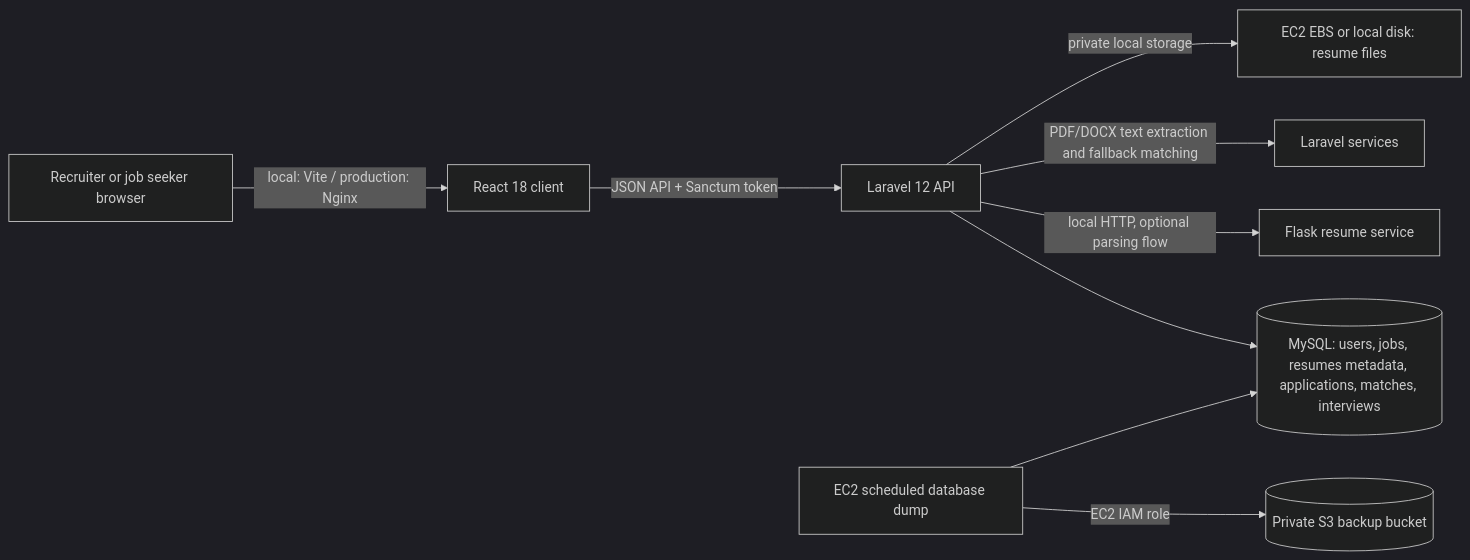
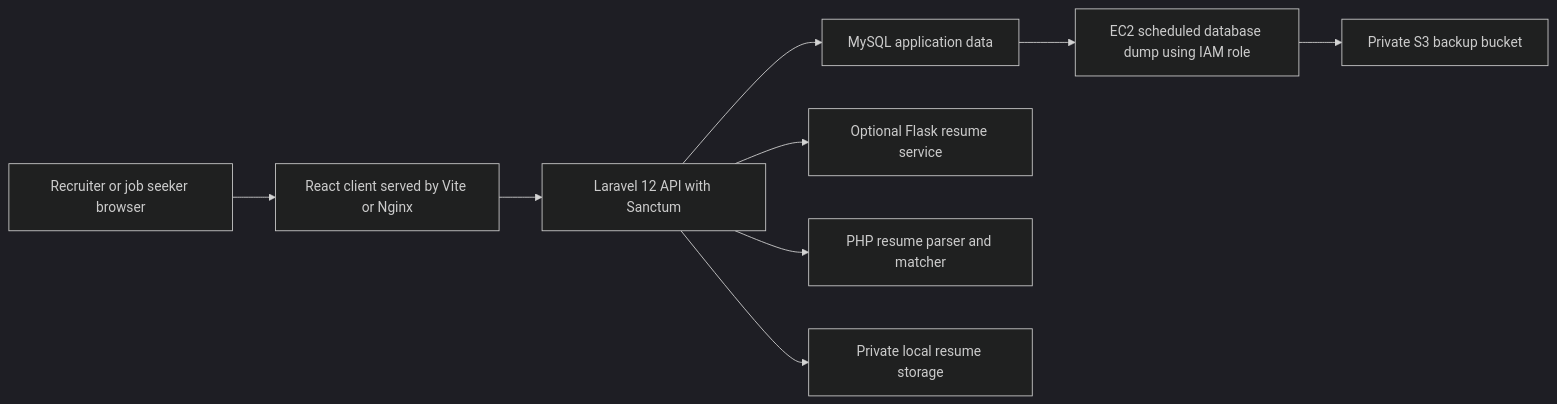
One commit to monishacd/AWS-based-applicant-tracking-system changed the second of 4 diagrams in README.md. Above: the diagram before and after it, drawn with Mermaid (dark theme). The commit also changed other lines of this file, not shown here.

````diff
--- a/README.md
+++ b/README.md
@@ -591,11 +591,11 @@
 ```mermaid
-flowchart LR
-    U[Recruiter or job seeker browser] -->|local: Vite / production: Nginx| FE[React 18 client]
-    FE -->|JSON API + Sanctum token| API[Laravel 12 API]
-    API --> DB[(MySQL: users, jobs, resumes metadata, applications, matches, interviews)]
-    API -->|local HTTP, optional parsing flow| AI[Flask resume service]
-    API -->|PDF/DOCX text extraction and fallback matching| PHP[Laravel services]
-    API -->|private local storage| FILES[EC2 EBS or local disk: resume files]
-    BACKUP[EC2 scheduled database dump] -->|EC2 IAM role| S3[(Private S3 backup bucket)]
-    BACKUP --> DB
+graph LR
+    U[Recruiter or job seeker browser] --> FE[React client served by Vite or Nginx]
+    FE --> API[Laravel 12 API with Sanctum]
+    API --> DB[MySQL application data]
+    API --> AI[Optional Flask resume service]
+    API --> PHP[PHP resume parser and matcher]
+    API --> FILES[Private local resume storage]
+    DB --> BACKUP[EC2 scheduled database dump using IAM role]
+    BACKUP --> S3[Private S3 backup bucket]
 ```
````
